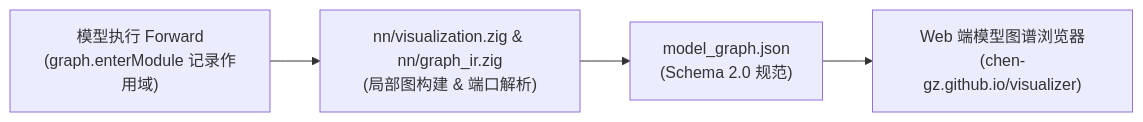
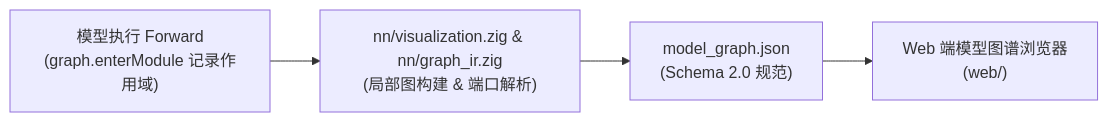
Before and after one commit to chen-gz/znn: the third of 3 diagrams in doc/architecture.md, drawn with Mermaid. The commit also changed other lines of this file and 13 other files, not shown here.

````diff
--- a/doc/architecture.md
+++ b/doc/architecture.md
@@ -354,6 +367,6 @@
 ```mermaid
 flowchart LR
     Model["模型执行 Forward\n(graph.enterModule 记录作用域)"] --> Export["nn/visualization.zig & nn/graph_ir.zig\n(局部图构建 & 端口解析)"]
     Export --> JsonFile["model_graph.json\n(Schema 2.0 规范)"]
-    JsonFile --> WebVisualizer["Web 端模型图谱浏览器\n(chen-gz.github.io/visualizer)"]
+    JsonFile --> WebVisualizer["Web 端模型图谱浏览器\n(web/)"]
 ```
````
